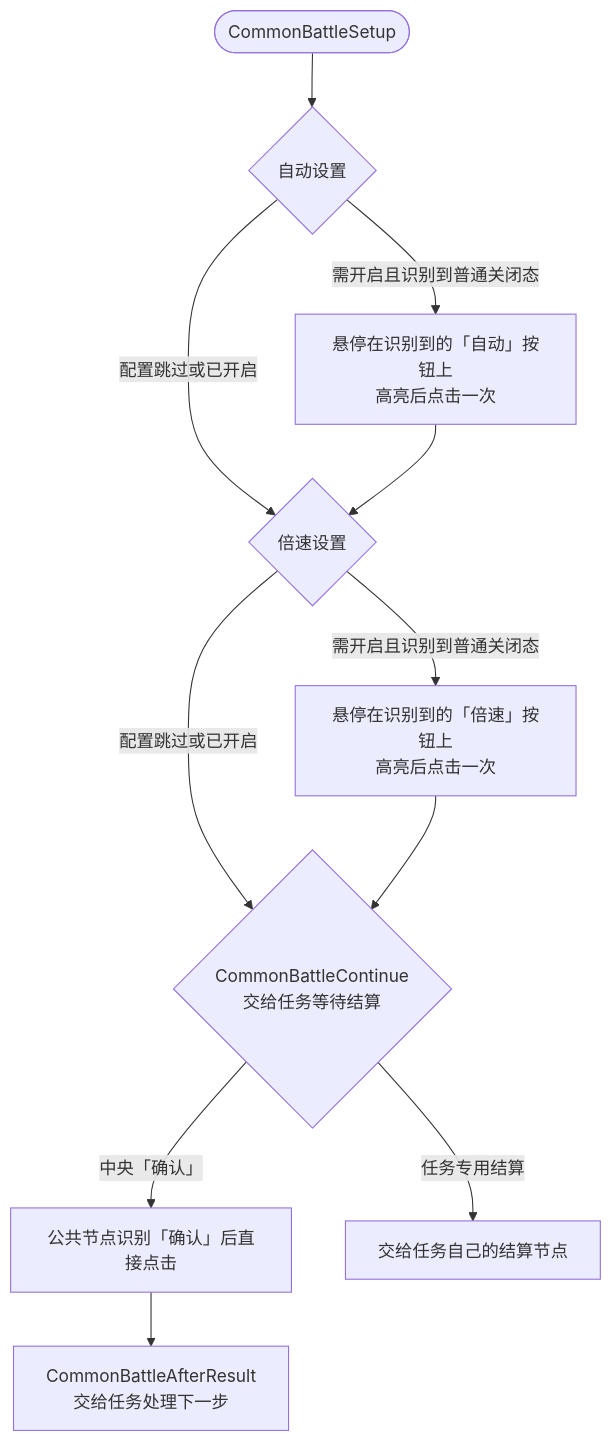
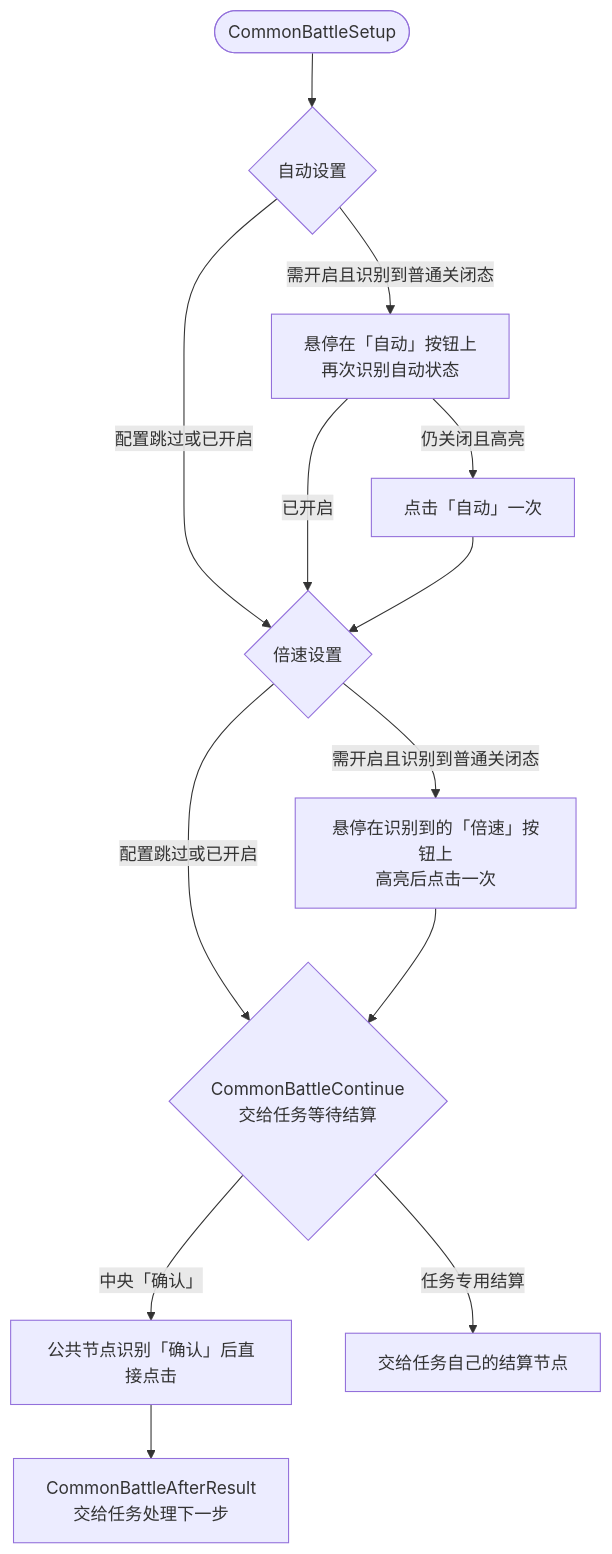
Before and after one commit to ArcherSore/MaaNOP: the diagram in docs/zh_cn/流程图/公共战斗.md, drawn with Mermaid. The commit also changed other lines of this file and 3 other files, not shown here.

````diff
--- a/docs/zh_cn/流程图/公共战斗.md
+++ b/docs/zh_cn/流程图/公共战斗.md
@@ -7,16 +7,18 @@
 ```mermaid
 flowchart TD
     Start([CommonBattleSetup]) --> Auto{"自动设置"}
-    Auto -->|需开启且识别到普通关闭态| AutoClick["悬停在识别到的「自动」按钮上<br/>高亮后点击一次"]
+    Auto -->|需开启且识别到普通关闭态| AutoHover["悬停在「自动」按钮上<br/>再次识别自动状态"]
     Auto -->|配置跳过或已开启| Speed
+    AutoHover -->|已开启| Speed
+    AutoHover -->|仍关闭且高亮| AutoClick["点击「自动」一次"]
     AutoClick --> Speed
 
     Speed{"倍速设置"} -->|需开启且识别到普通关闭态| SpeedClick["悬停在识别到的「倍速」按钮上<br/>高亮后点击一次"]
     Speed -->|配置跳过或已开启| Wait
     SpeedClick --> Wait
 
     Wait{"CommonBattleContinue<br/>交给任务等待结算"}
     Wait -->|中央「确认」| Confirm["公共节点识别「确认」后直接点击"]
     Confirm --> AfterResult["CommonBattleAfterResult<br/>交给任务处理下一步"]
     Wait -->|任务专用结算| Own["交给任务自己的结算节点"]
 ```
````
